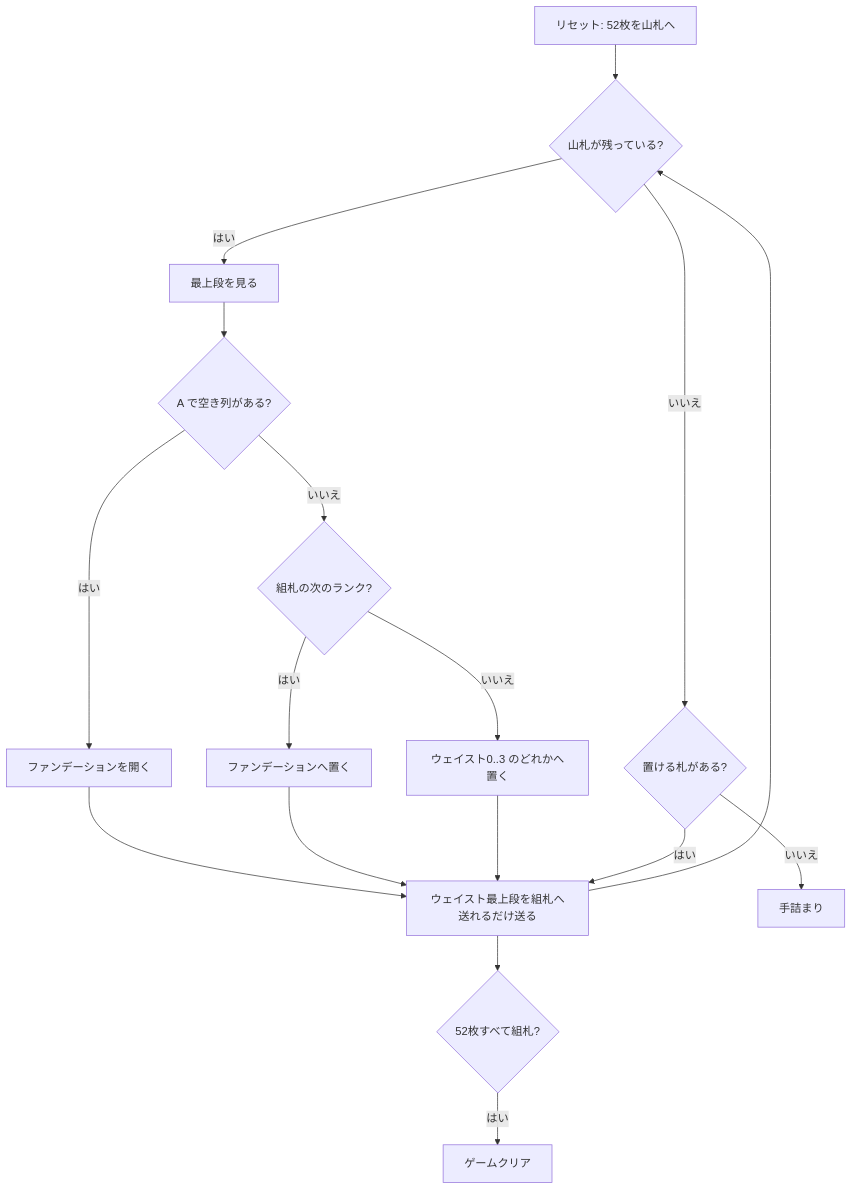
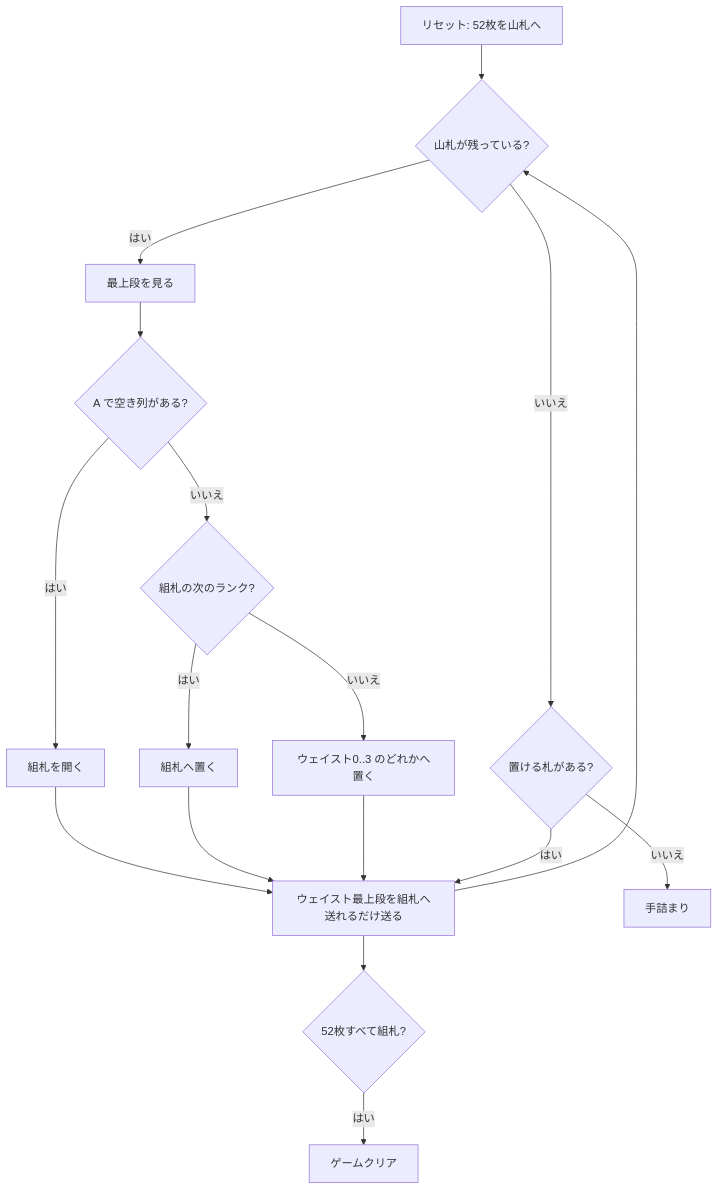
One commit to yuta-yoshinaga/go_trumpcards changed the diagram in docs/manual/cui/sirtommy.md. Above: the diagram before and after it, drawn with Mermaid. The commit also changed other lines of this file and 33 other files, not shown here.

````diff
--- a/docs/manual/cui/sirtommy.md
+++ b/docs/manual/cui/sirtommy.md
@@ -28,19 +28,19 @@
 ```mermaid
 flowchart TD
     A[リセット: 52枚を山札へ] --> B{山札が残っている?}
     B -- はい --> C[最上段を見る]
     C --> D{A で空き列がある?}
-    D -- はい --> E[ファンデーションを開く]
+    D -- はい --> E[組札を開く]
     D -- いいえ --> F{組札の次のランク?}
-    F -- はい --> G[ファンデーションへ置く]
+    F -- はい --> G[組札へ置く]
     F -- いいえ --> H[ウェイスト0..3 のどれかへ置く]
     E --> I[ウェイスト最上段を組札へ送れるだけ送る]
     G --> I
     H --> I
     I --> B
     B -- いいえ --> J{置ける札がある?}
     J -- はい --> I
     J -- いいえ --> K[手詰まり]
     I --> L{52枚すべて組札?}
     L -- はい --> M[ゲームクリア]
 ```
````
